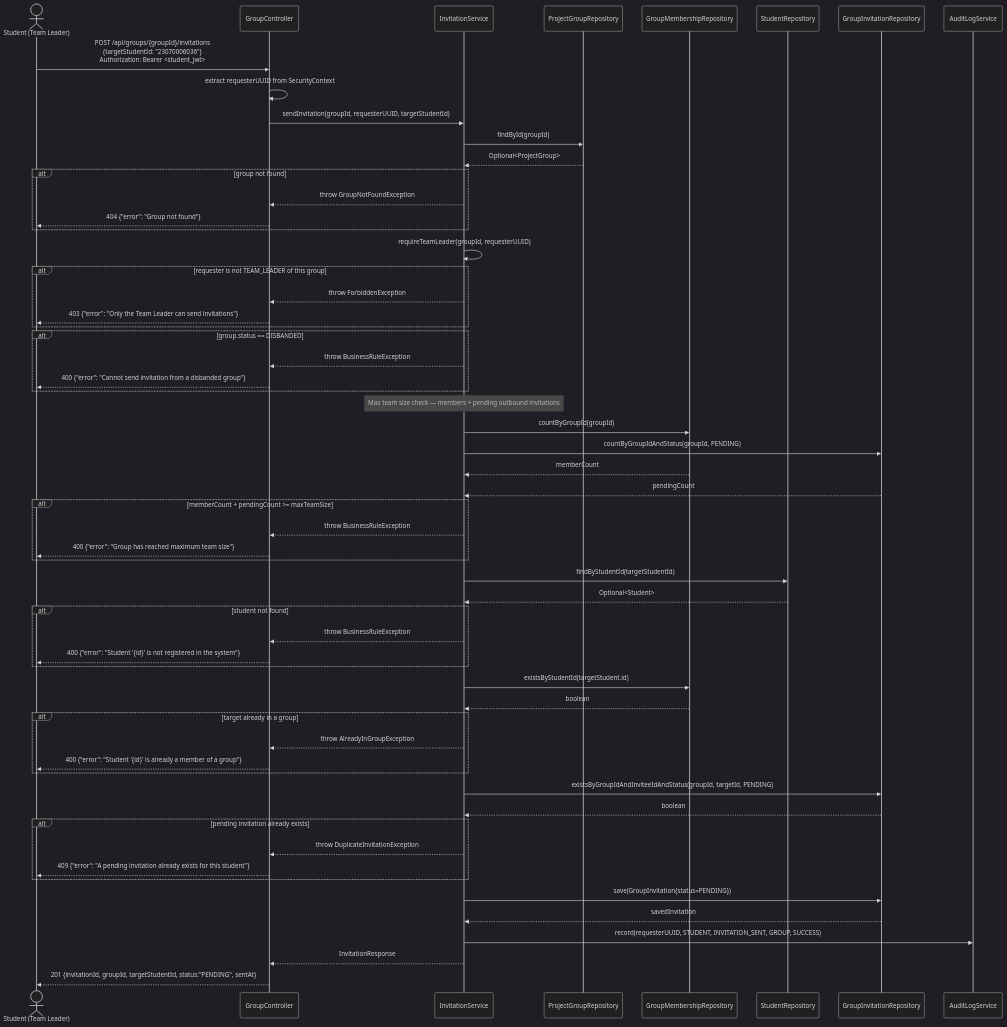
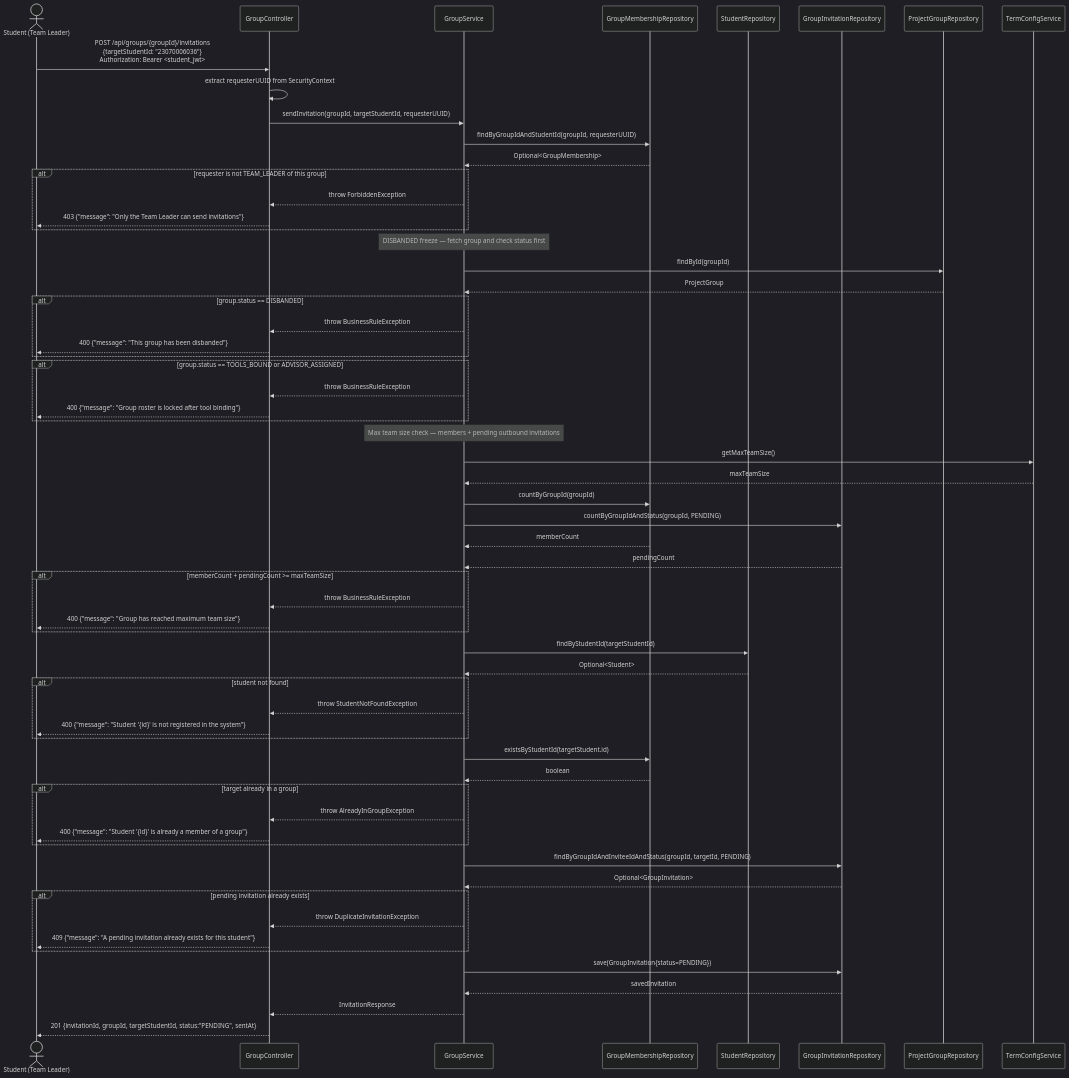
One commit to SE3318-Spring-2025-2026/senior-app-6 changed the second of 4 diagrams in docs/process2/sequences/2.2_invitation_send_p2.md. Above: the diagram before and after it, drawn with Mermaid (dark theme). The commit also changed other lines of this file and 20 other files, not shown here.

````diff
--- a/docs/process2/sequences/2.2_invitation_send_p2.md
+++ b/docs/process2/sequences/2.2_invitation_send_p2.md
@@ -36,80 +35,80 @@
 ```mermaid
 sequenceDiagram
     actor Student as Student (Team Leader)
     participant GroupController
-    participant InvitationService
-    participant ProjectGroupRepository
+    participant GroupService
     participant GroupMembershipRepository
     participant StudentRepository
     participant GroupInvitationRepository
-    participant AuditLogService
 
     Student->>GroupController: POST /api/groups/{groupId}/invitations<br/>{targetStudentId: "23070006036"}<br/>Authorization: Bearer <student_jwt>
 
     GroupController->>GroupController: extract requesterUUID from SecurityContext
 
-    GroupController->>InvitationService: sendInvitation(groupId, requesterUUID, targetStudentId)
+    GroupController->>GroupService: sendInvitation(groupId, targetStudentId, requesterUUID)
 
-    InvitationService->>ProjectGroupRepository: findById(groupId)
-    ProjectGroupRepository-->>InvitationService: Optional<ProjectGroup>
+    GroupService->>GroupMembershipRepository: findByGroupIdAndStudentId(groupId, requesterUUID)
+    GroupMembershipRepository-->>GroupService: Optional<GroupMembership>
 
-    alt group not found
-        InvitationService-->>GroupController: throw GroupNotFoundException
-        GroupController-->>Student: 404 {"error": "Group not found"}
+    alt requester is not TEAM_LEADER of this group
+        GroupService-->>GroupController: throw ForbiddenException
+        GroupController-->>Student: 403 {"message": "Only the Team Leader can send invitations"}
     end
 
-    InvitationService->>InvitationService: requireTeamLeader(groupId, requesterUUID)
+    Note over GroupService: DISBANDED freeze — fetch group and check status first
+    GroupService->>ProjectGroupRepository: findById(groupId)
+    ProjectGroupRepository-->>GroupService: ProjectGroup
 
-    alt requester is not TEAM_LEADER of this group
-        InvitationService-->>GroupController: throw ForbiddenException
-        GroupController-->>Student: 403 {"error": "Only the Team Leader can send invitations"}
+    alt group.status == DISBANDED
+        GroupService-->>GroupController: throw BusinessRuleException
+        GroupController-->>Student: 400 {"message": "This group has been disbanded"}
     end
 
-    alt group.status == DISBANDED
-        InvitationService-->>GroupController: throw BusinessRuleException
-        GroupController-->>Student: 400 {"error": "Cannot send invitation from a disbanded group"}
+    alt group.status == TOOLS_BOUND or ADVISOR_ASSIGNED
+        GroupService-->>GroupController: throw BusinessRuleException
+        GroupController-->>Student: 400 {"message": "Group roster is locked after tool binding"}
     end
 
-    Note over InvitationService: Max team size check — members + pending outbound invitations
-    InvitationService->>GroupMembershipRepository: countByGroupId(groupId)
-    InvitationService->>GroupInvitationRepository: countByGroupIdAndStatus(groupId, PENDING)
-    GroupMembershipRepository-->>InvitationService: memberCount
-    GroupInvitationRepository-->>InvitationService: pendingCount
+    Note over GroupService: Max team size check — members + pending outbound invitations
+    GroupService->>TermConfigService: getMaxTeamSize()
+    TermConfigService-->>GroupService: maxTeamSize
+    GroupService->>GroupMembershipRepository: countByGroupId(groupId)
+    GroupService->>GroupInvitationRepository: countByGroupIdAndStatus(groupId, PENDING)
+    GroupMembershipRepository-->>GroupService: memberCount
+    GroupInvitationRepository-->>GroupService: pendingCount
 
     alt memberCount + pendingCount >= maxTeamSize
-        InvitationService-->>GroupController: throw BusinessRuleException
-        GroupController-->>Student: 400 {"error": "Group has reached maximum team size"}
+        GroupService-->>GroupController: throw BusinessRuleException
+        GroupController-->>Student: 400 {"message": "Group has reached maximum team size"}
     end
 
-    InvitationService->>StudentRepository: findByStudentId(targetStudentId)
-    StudentRepository-->>InvitationService: Optional<Student>
+    GroupService->>StudentRepository: findByStudentId(targetStudentId)
+    StudentRepository-->>GroupService: Optional<Student>
 
     alt student not found
-        InvitationService-->>GroupController: throw BusinessRuleException
-        GroupController-->>Student: 400 {"error": "Student '{id}' is not registered in the system"}
+        GroupService-->>GroupController: throw StudentNotFoundException
+        GroupController-->>Student: 400 {"message": "Student '{id}' is not registered in the system"}
     end
 
-    InvitationService->>GroupMembershipRepository: existsByStudentId(targetStudent.id)
-    GroupMembershipRepository-->>InvitationService: boolean
+    GroupService->>GroupMembershipRepository: existsByStudentId(targetStudent.id)
+    GroupMembershipRepository-->>GroupService: boolean
 
     alt target already in a group
-        InvitationService-->>GroupController: throw AlreadyInGroupException
-        GroupController-->>Student: 400 {"error": "Student '{id}' is already a member of a group"}
+        GroupService-->>GroupController: throw AlreadyInGroupException
+        GroupController-->>Student: 400 {"message": "Student '{id}' is already a member of a group"}
     end
 
-    InvitationService->>GroupInvitationRepository: existsByGroupIdAndInviteeIdAndStatus(groupId, targetId, PENDING)
-    GroupInvitationRepository-->>InvitationService: boolean
+    GroupService->>GroupInvitationRepository: findByGroupIdAndInviteeIdAndStatus(groupId, targetId, PENDING)
+    GroupInvitationRepository-->>GroupService: Optional<GroupInvitation>
 
     alt pending invitation already exists
-        InvitationService-->>GroupController: throw DuplicateInvitationException
-        GroupController-->>Student: 409 {"error": "A pending invitation already exists for this student"}
+        GroupService-->>GroupController: throw DuplicateInvitationException
+        GroupController-->>Student: 409 {"message": "A pending invitation already exists for this student"}
     end
 
-    InvitationService->>GroupInvitationRepository: save(GroupInvitation{status=PENDING})
-    GroupInvitationRepository-->>InvitationService: savedInvitation
+    GroupService->>GroupInvitationRepository: save(GroupInvitation{status=PENDING})
+    GroupInvitationRepository-->>GroupService: savedInvitation
 
-    InvitationService->>AuditLogService: record(requesterUUID, STUDENT, INVITATION_SENT, GROUP, SUCCESS)
-
-    InvitationService-->>GroupController: InvitationResponse
+    GroupService-->>GroupController: InvitationResponse
     GroupController-->>Student: 201 {invitationId, groupId, targetStudentId, status:"PENDING", sentAt}
 ```
````
